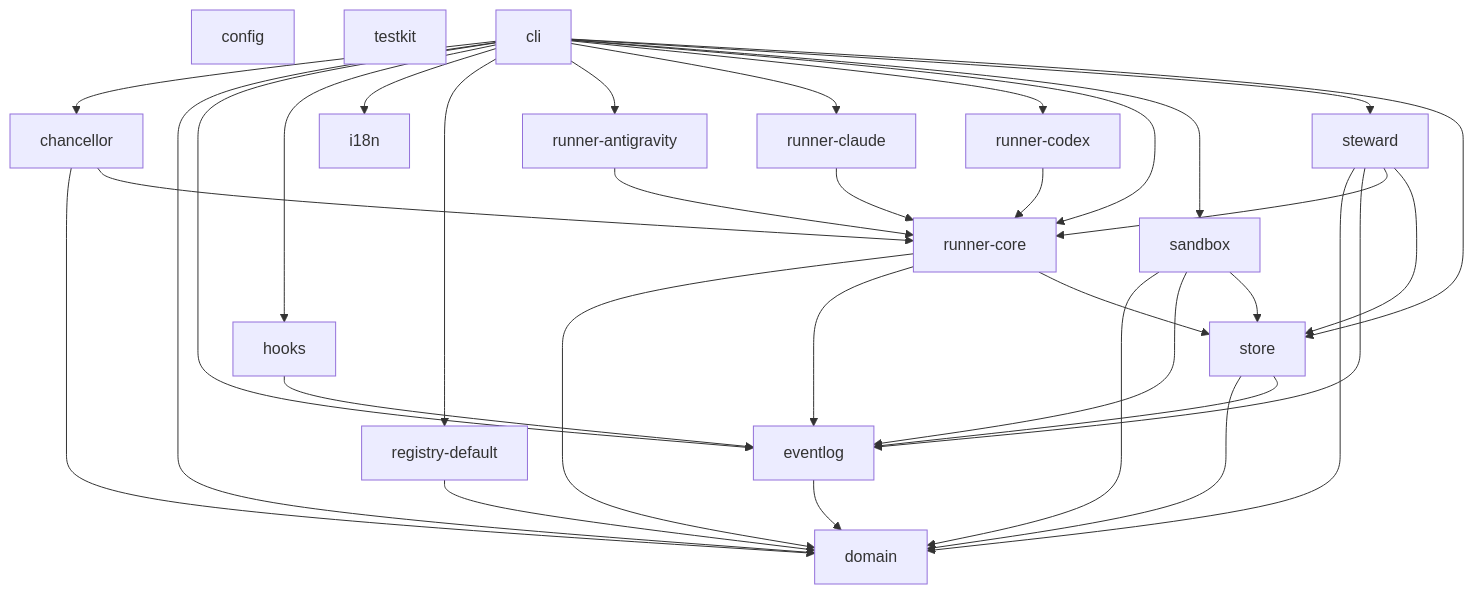
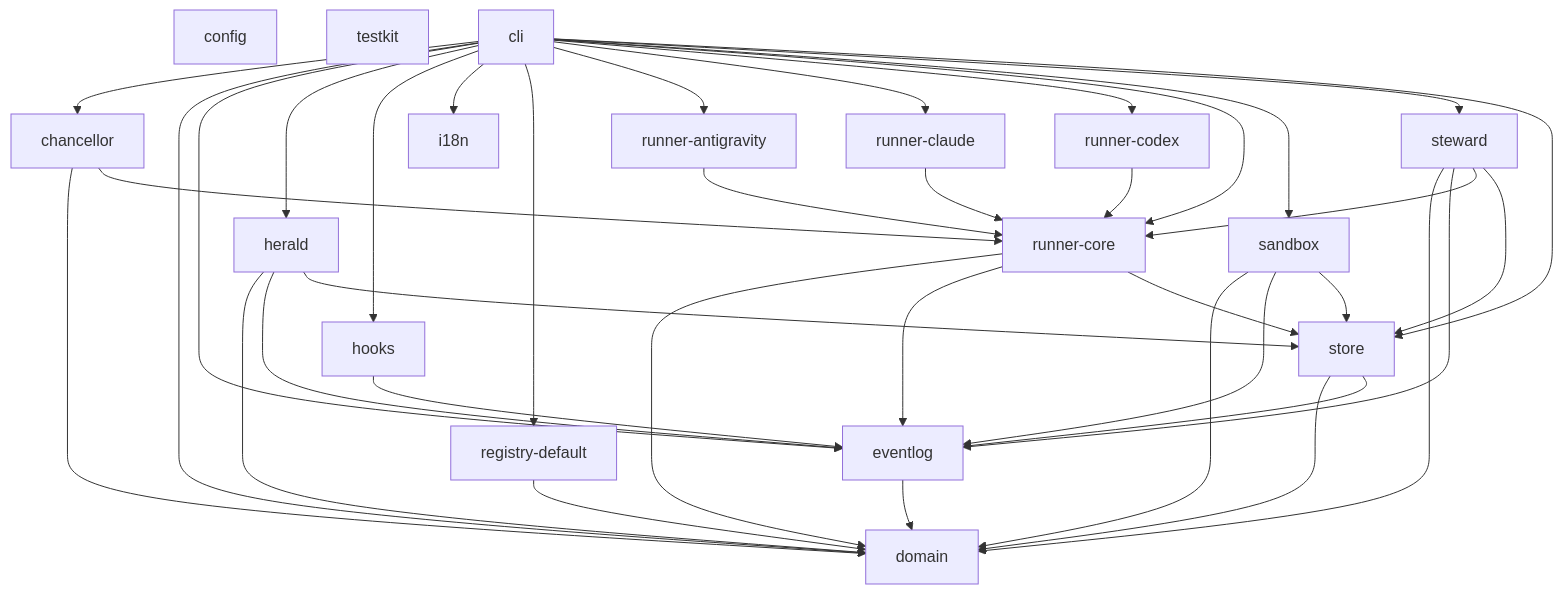
Before and after one commit to thap-nv/the-world-of-elvaria: the diagram in docs/dependency-graph.md, drawn with Mermaid. The commit also changed other lines of this file and 34 other files, not shown here.

````diff
--- a/docs/dependency-graph.md
+++ b/docs/dependency-graph.md
@@ -7,52 +7,57 @@
 ```mermaid
 flowchart TD
   config["config"]
   testkit["testkit"]
   domain["domain"]
   store["store"]
   registry_default["registry-default"]
   runner_core["runner-core"]
   runner_claude["runner-claude"]
   runner_antigravity["runner-antigravity"]
   runner_codex["runner-codex"]
   steward["steward"]
   chancellor["chancellor"]
   sandbox["sandbox"]
   eventlog["eventlog"]
   hooks["hooks"]
+  herald["herald"]
   i18n["i18n"]
   cli["cli"]
   store --> domain
   store --> eventlog
   registry_default --> domain
   runner_core --> domain
   runner_core --> eventlog
   runner_core --> store
   runner_claude --> runner_core
   runner_antigravity --> runner_core
   runner_codex --> runner_core
   steward --> domain
   steward --> eventlog
   steward --> runner_core
   steward --> store
   chancellor --> domain
   chancellor --> runner_core
   sandbox --> domain
   sandbox --> eventlog
   sandbox --> store
   eventlog --> domain
   hooks --> eventlog
+  herald --> domain
+  herald --> eventlog
+  herald --> store
   cli --> chancellor
   cli --> domain
   cli --> eventlog
+  cli --> herald
   cli --> hooks
   cli --> i18n
   cli --> registry_default
   cli --> runner_antigravity
   cli --> runner_claude
   cli --> runner_codex
   cli --> runner_core
   cli --> sandbox
   cli --> steward
   cli --> store
 ```
````
